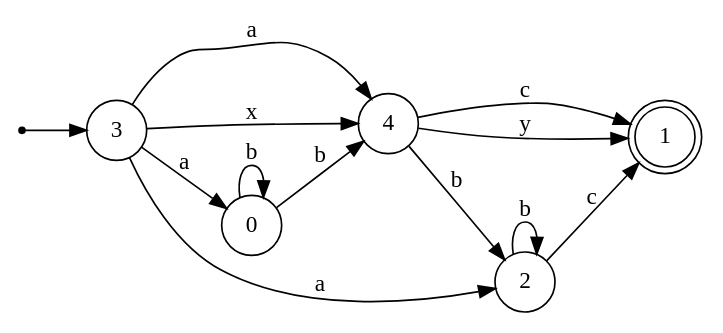
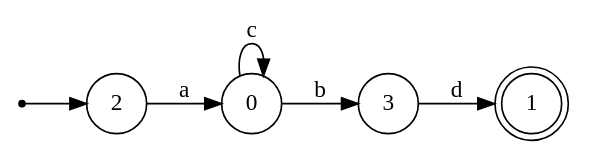
The diagram in minimized/right.gv (LeonardoDeFaveri/NFA-minimization), drawn with Graphviz before and after one commit. The commit also changed 83 other files, not shown here.

```diff
--- a/minimized/right.gv
+++ b/minimized/right.gv
@@ -1,22 +1,14 @@
 digraph {
 	rankdir = LR;
 	size = "30,20";
 	node [shape = point]; "dummy0"
-	node [shape = circle]; "3"
-	"dummy0" -> "3";
+	node [shape = circle]; "2"
+	"dummy0" -> "2";
 	node [shape = doublecircle]; "1";
-	node [shape = circle]; "4";
 	node [shape = circle]; "0";
-	node [shape = circle]; "2";
-	"4" -> "1" [label = "c"];
-	"4" -> "2" [label = "b"];
-	"4" -> "1" [label = "y"];
-	"0" -> "0" [label = "b"];
-	"0" -> "4" [label = "b"];
-	"2" -> "2" [label = "b"];
-	"2" -> "1" [label = "c"];
-	"3" -> "0" [label = "a"];
-	"3" -> "2" [label = "a"];
-	"3" -> "4" [label = "a"];
-	"3" -> "4" [label = "x"];
+	node [shape = circle]; "3";
+	"3" -> "1" [label = "d"];
+	"0" -> "0" [label = "c"];
+	"0" -> "3" [label = "b"];
+	"2" -> "0" [label = "a"];
 }
```
